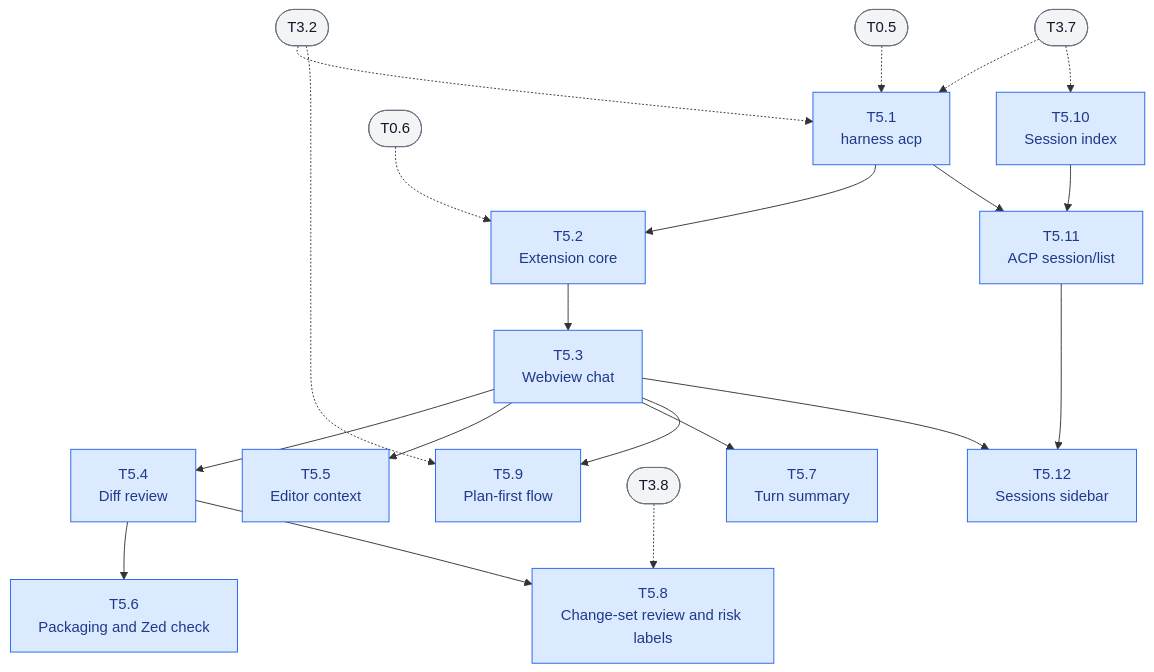
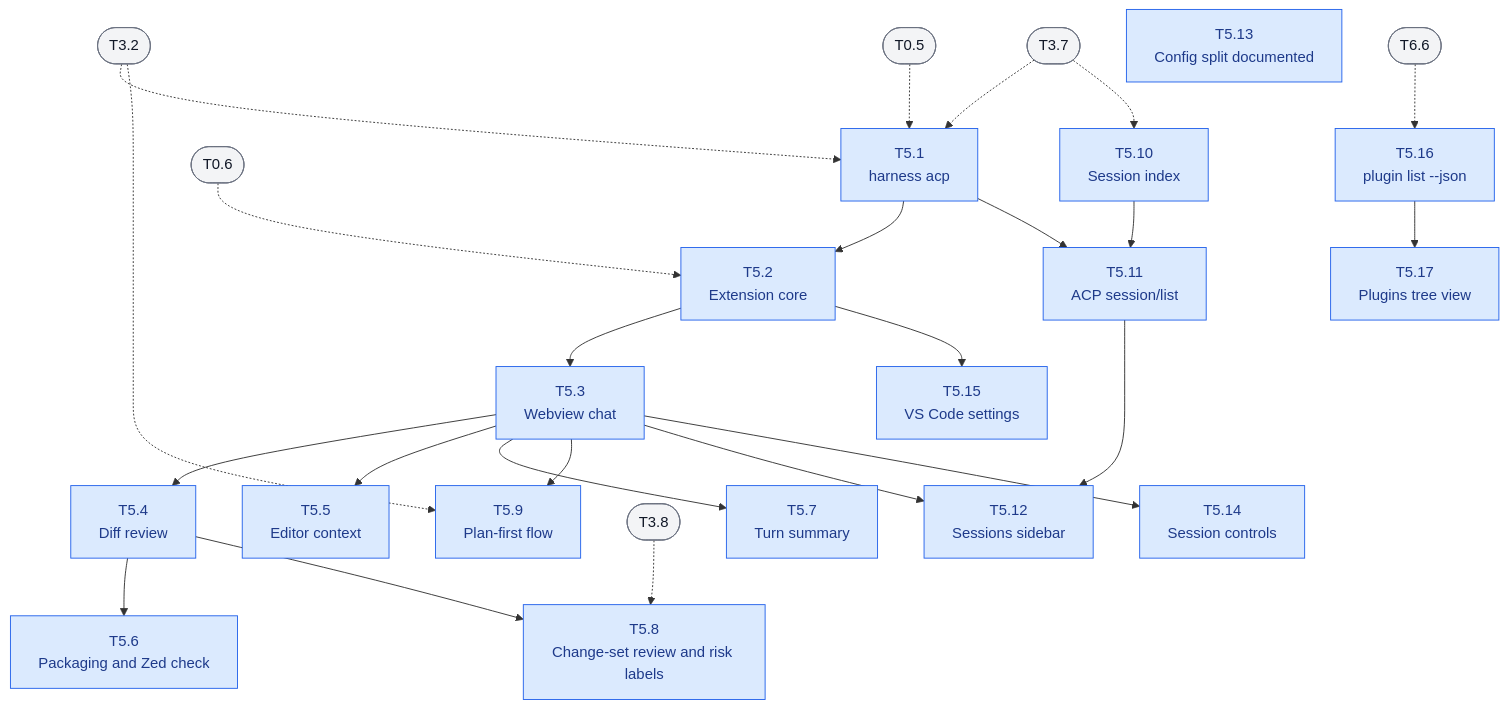
One commit to fzzinchemical/Praxis changed the sixth of 10 diagrams in docs/TASKS.md. Above: the diagram before and after it, drawn with Mermaid. The commit also changed other lines of this file and 1 other file, not shown here.

First line of the commit message:
docs(tasks): add M5 config and plugin-view tasks; document config surfaces

````diff
--- a/docs/TASKS.md
+++ b/docs/TASKS.md
@@ -419,47 +419,59 @@
 ```mermaid
 flowchart TB
     T5_1["T5.1<br/>harness acp"]
     T5_2["T5.2<br/>Extension core"]
     T5_3["T5.3<br/>Webview chat"]
     T5_4["T5.4<br/>Diff review"]
     T5_5["T5.5<br/>Editor context"]
     T5_6["T5.6<br/>Packaging and Zed check"]
     T0_5(["T0.5"])
     T0_6(["T0.6"])
     T3_2(["T3.2"])
     T3_7(["T3.7"])
     T3_2 -.-> T5_1
     T3_7 -.-> T5_1
     T0_5 -.-> T5_1
     T5_1 --> T5_2
     T0_6 -.-> T5_2
     T5_2 --> T5_3
     T5_3 --> T5_4
     T5_3 --> T5_5
     T5_4 --> T5_6
     T5_7["T5.7<br/>Turn summary"]
     T5_8["T5.8<br/>Change-set review and risk labels"]
     T3_8(["T3.8"])
     T5_9["T5.9<br/>Plan-first flow"]
     T5_3 --> T5_7
     T5_4 --> T5_8
     T3_8 -.-> T5_8
     T5_3 --> T5_9
     T3_2 -.-> T5_9
     T5_10["T5.10<br/>Session index"]
     T5_11["T5.11<br/>ACP session/list"]
     T5_12["T5.12<br/>Sessions sidebar"]
     T3_7 -.-> T5_10
     T5_10 --> T5_11
     T5_1 --> T5_11
     T5_11 --> T5_12
     T5_3 --> T5_12
+    T5_13["T5.13<br/>Config split documented"]
+    T5_14["T5.14<br/>Session controls"]
+    T5_15["T5.15<br/>VS Code settings"]
+    T5_16["T5.16<br/>plugin list --json"]
+    T5_17["T5.17<br/>Plugins tree view"]
+    T6_6(["T6.6"])
+    T5_3 --> T5_14
+    T5_2 --> T5_15
+    T6_6 -.-> T5_16
+    T5_16 --> T5_17
 
     classDef task fill:#dbeafe,stroke:#2563eb,color:#1e3a8a
     classDef human fill:#fef3c7,stroke:#d97706,color:#78350f,stroke-width:3px
     classDef other fill:#f3f4f6,stroke:#6b7280,color:#111827
     class T5_1,T5_2,T5_3,T5_4,T5_5,T5_6 task
     class T0_5,T0_6,T3_2,T3_7 other
     class T5_7,T5_8,T5_9,T5_10,T5_11,T5_12 task
+    class T5_13,T5_14,T5_15,T5_16,T5_17 task
+    class T6_6 other
     class T3_8 other
 ```
````
